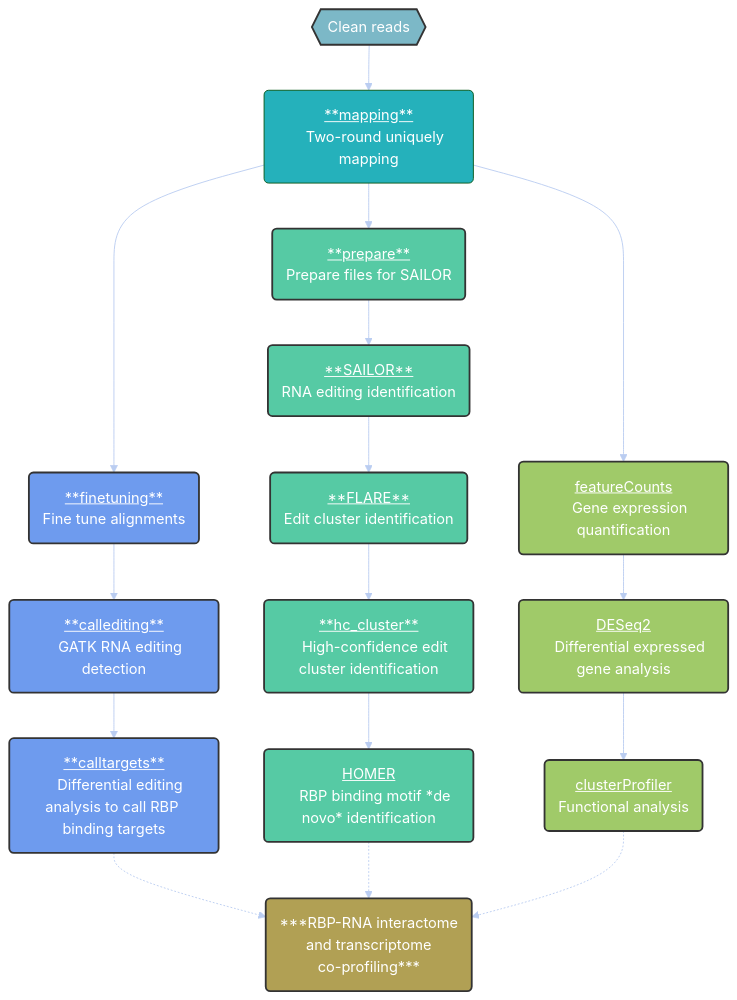
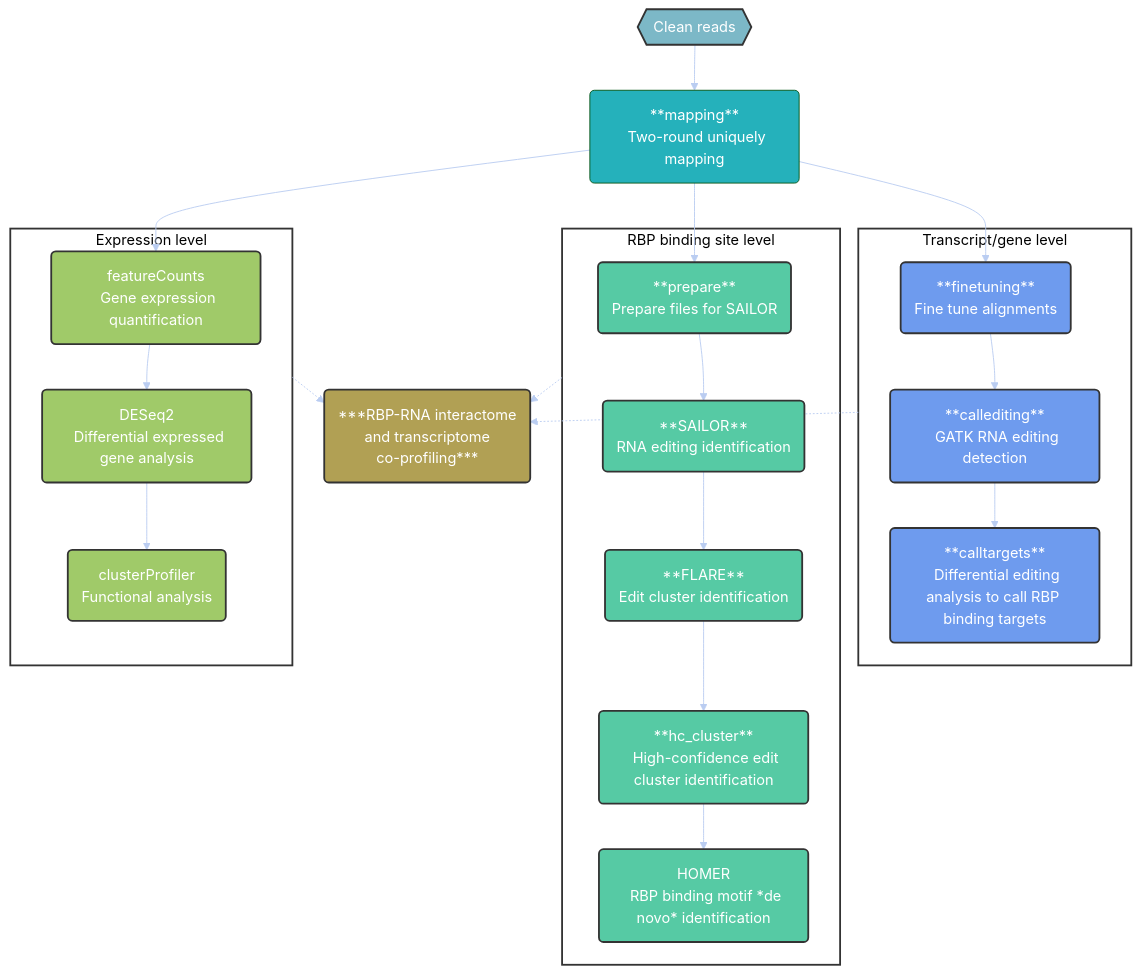
The diagram in README.md (WangLabPKU/MAPIT-seq), drawn with Mermaid before and after one commit. The commit also changed other lines of this file, not shown here.

Commit message:
mermaid_subgraph

````diff
--- a/README.md
+++ b/README.md
@@ -252,56 +255,78 @@
 ```mermaid 
 ---
 config:
   theme: 'base'
   themeVariables:
     primaryColor: '#25b1bbff'
     primaryTextColor: '#fff'
     primaryBorderColor: '#055516ff'
     lineColor: '#bacdf1ff'
     secondaryColor: '#006100'
     tertiaryColor: '#fff'
 ---
 graph TD;
-    A{{Clean reads}}-->B(<u>**mapping**</u>
-    Two-round uniquely mapping);
-    B-->C(<u>**finetuning**</u>
-    Fine tune alignments);
-    C-->D(<u>**callediting**</u>
-    GATK RNA editing detection);
-    D-->E(<u>**calltargets**</u>
-    Differential editing analysis to call RBP binding targets)
-    B-->F(<u>**prepare**</u>
-    Prepare files for SAILOR);
-    F-->G(<u>**SAILOR**</u>
-    RNA editing identification);
-    G-->H(<u>**FLARE**</u>
-    Edit cluster identification);
-    H-->I(<u>**hc_cluster**</u>
-    High-confidence edit cluster identification)
-    I-->J(<u>HOMER</u>
-    RBP binding motif *de novo* identification)
-    B-->K(<u>featureCounts</u>
-    Gene expression quantification)
-    K-->L(<u>DESeq2</u>
-    Differential expressed gene analysis)
-    L-->M(<u>clusterProfiler</u>
-    Functional analysis)
-    E-.->N(***RBP-RNA interactome
-    and transcriptome
-    co-profiling***)
-    J-.->N
-    M-.->N
+  A{{Clean reads}}-->B(**mapping**
+  Two-round uniquely mapping);
+  B-->C(**finetuning**
+  Fine tune alignments);
+  C-->D(**callediting**
+  GATK RNA editing detection);
+  D-->E(**calltargets**
+  Differential editing analysis to call RBP binding targets)
+  B-->F(**prepare**
+  Prepare files for SAILOR);
+  F-->G(**SAILOR**
+  RNA editing identification);
+  G-->H(**FLARE**
+  Edit cluster identification);
+  H-->I(**hc_cluster**
+  High-confidence edit cluster identification)
+  I-->J(HOMER
+  RBP binding motif *de novo* identification)
+  B-->K(featureCounts
+  Gene expression quantification)
+  K-->L(DESeq2
+  Differential expressed gene analysis)
+  L-->M(clusterProfiler
+  Functional analysis)
+subgraph A1[Transcript/gene level]
+  C
+  D
+  E
+end
+subgraph A2[RBP binding site level]
+  F
+  G
+  H
+  I
+  J
+end
+subgraph A3[Expression level]
+  K
+  L
+  M
+end
+  N(***RBP-RNA interactome
+  and transcriptome
+  co-profiling***)
+  A1-.->N
+  A2-.->N
+  A3-.->N
+
 style A fill: #7cb8c7ff,stroke:#333,stroke-width:2px;
 style C fill: #6e9beeff,stroke:#333,stroke-width:2px;
 style D fill: #6e9beeff,stroke:#333,stroke-width:2px;
 style E fill: #6e9beeff,stroke:#333,stroke-width:2px;
 style F fill: #56caa4ff,stroke:#333,stroke-width:2px;
 style G fill: #56caa4ff,stroke:#333,stroke-width:2px;
 style H fill: #56caa4ff,stroke:#333,stroke-width:2px;
 style I fill: #56caa4ff,stroke:#333,stroke-width:2px;
 style J fill: #56caa4ff,stroke:#333,stroke-width:2px;
 style K fill: #a0ca69ff,stroke:#333,stroke-width:2px;
 style L fill: #a0ca69ff,stroke:#333,stroke-width:2px;
 style M fill: #a0ca69ff,stroke:#333,stroke-width:2px;
 style N fill: #b1a054ff,stroke:#333,stroke-width:2px;
+style A1 fill: #ffffff,stroke:#333,stroke-width:2px;
+style A2 fill: #ffffff,stroke:#333,stroke-width:2px;
+style A3 fill: #ffffff,stroke:#333,stroke-width:2px;
 ```
````
